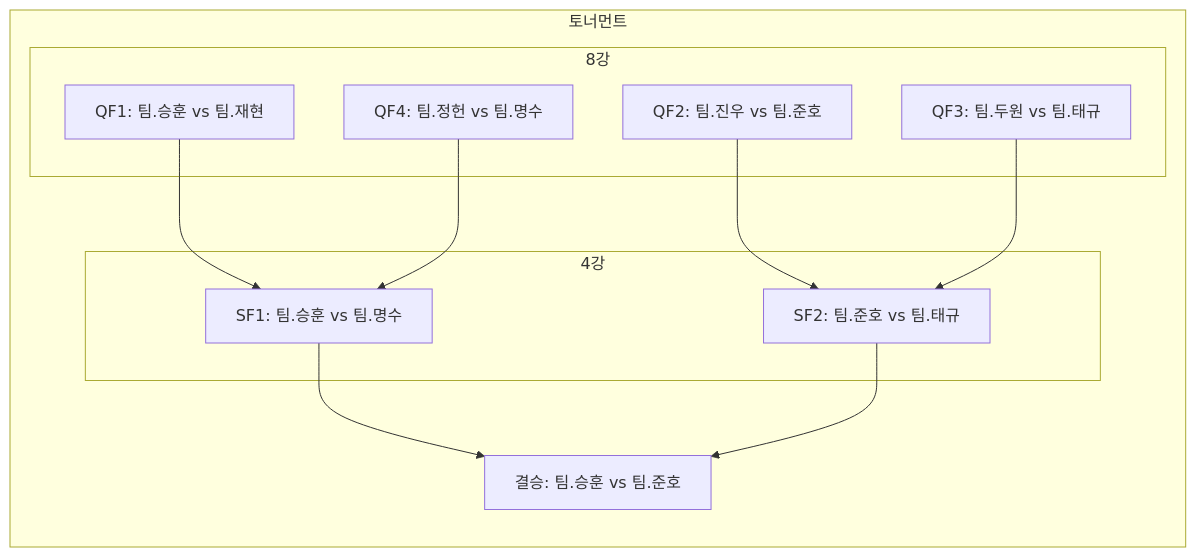
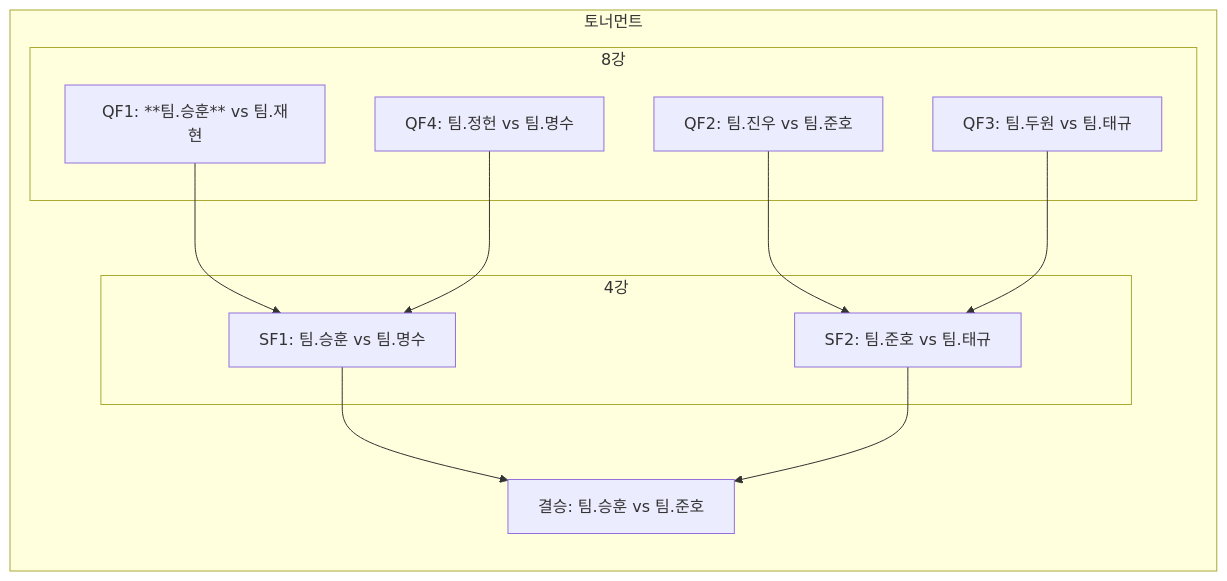
One commit to winteruss/3-8-Brawlstars-Tournament changed the third of 3 diagrams in 브롤대회.md. Above: the diagram before and after it, drawn with Mermaid.

````diff
--- a/브롤대회.md
+++ b/브롤대회.md
@@ -100,25 +100,25 @@
 ```mermaid
 flowchart TB
 %% 토너먼트
   subgraph KO["토너먼트"]
     direction TB
     subgraph QF["8강"]
-      QF1["QF1: 팀.승훈 vs 팀.재현"]
+      QF1["QF1: **팀.승훈** vs 팀.재현"]
       QF2["QF2: 팀.진우 vs 팀.준호"]
       QF3["QF3: 팀.두원 vs 팀.태규"]
       QF4["QF4: 팀.정헌 vs 팀.명수"]
     end
     subgraph SF["4강"]
       SF1["SF1: 팀.승훈 vs 팀.명수"]
       SF2["SF2: 팀.준호 vs 팀.태규"]
     end
     Final["결승: 팀.승훈 vs 팀.준호"]
   end
   %% 화살표 연결
   QF1 --> SF1
   QF4 --> SF1
   QF2 --> SF2
   QF3 --> SF2
   SF1 --> Final
   SF2 --> Final
 ```
````
